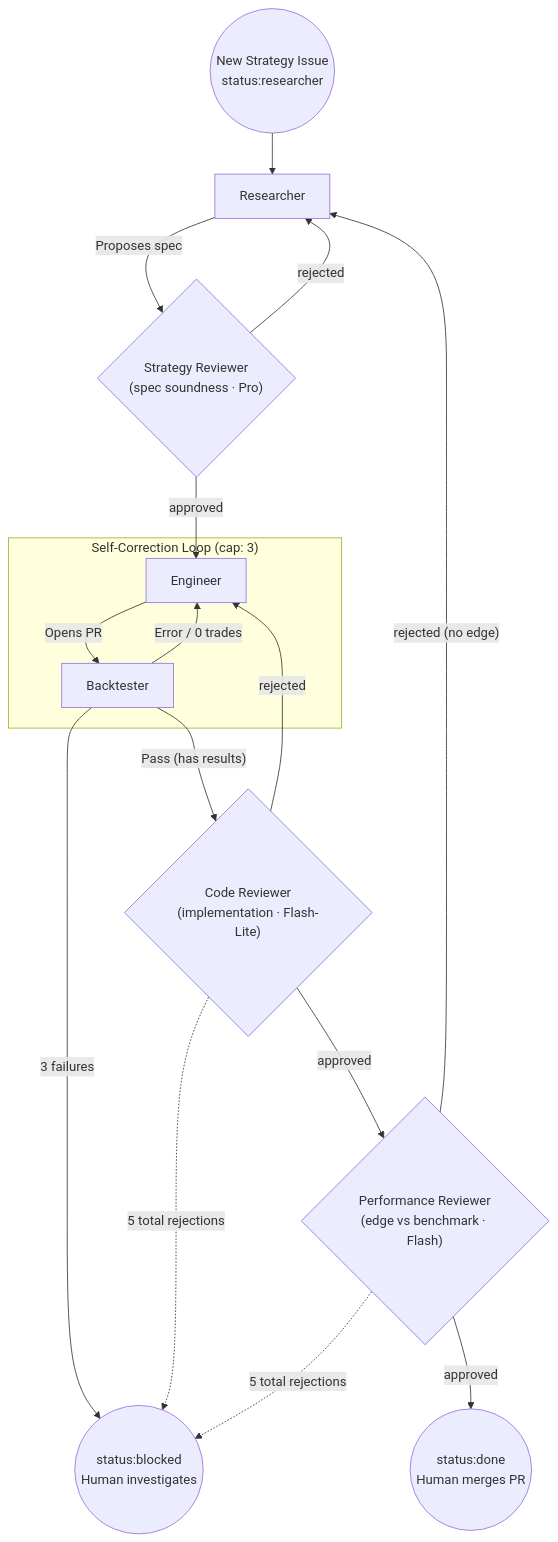
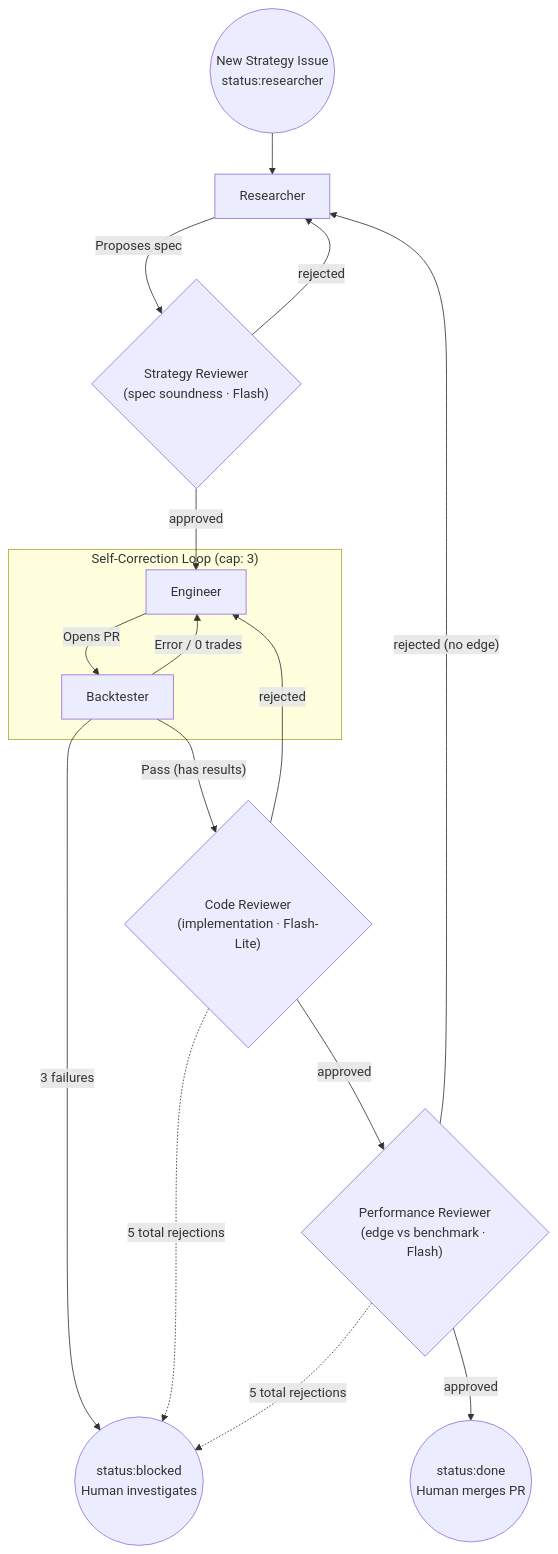
The diagram in README.md (tefwilliams/trading-bot-team), drawn with Mermaid before and after one commit. The commit also changed other lines of this file and 6 other files, not shown here.

First line of the commit message:
Update free-tier models: gemini-2.5-pro removed, switch to gemini-3.5-flash

````diff
--- a/README.md
+++ b/README.md
@@ -25,26 +26,26 @@
 ```mermaid
 graph TD
     Start(("New Strategy Issue<br/>status:researcher")) --> Researcher
-    Researcher -- "Proposes spec" --> StratReview{"Strategy Reviewer<br/>(spec soundness · Pro)"}
+    Researcher -- "Proposes spec" --> StratReview{"Strategy Reviewer<br/>(spec soundness · Flash)"}
 
     StratReview -- "rejected" --> Researcher
     StratReview -- "approved" --> Engineer
 
     Engineer -- "Opens PR" --> Backtester
 
     subgraph "Self-Correction Loop (cap: 3)"
     Backtester -- "Error / 0 trades" --> Engineer
     end
 
     Backtester -- "3 failures" --> Blocked(("status:blocked<br/>Human investigates"))
     Backtester -- "Pass (has results)" --> CodeReview{"Code Reviewer<br/>(implementation · Flash-Lite)"}
 
     CodeReview -- "rejected" --> Engineer
     CodeReview -- "approved" --> PerfReview{"Performance Reviewer<br/>(edge vs benchmark · Flash)"}
 
     PerfReview -- "rejected (no edge)" --> Researcher
     PerfReview -- "approved" --> Done(("status:done<br/>Human merges PR"))
 
     CodeReview -. "5 total rejections" .-> Blocked
     PerfReview -. "5 total rejections" .-> Blocked
 ```
````
